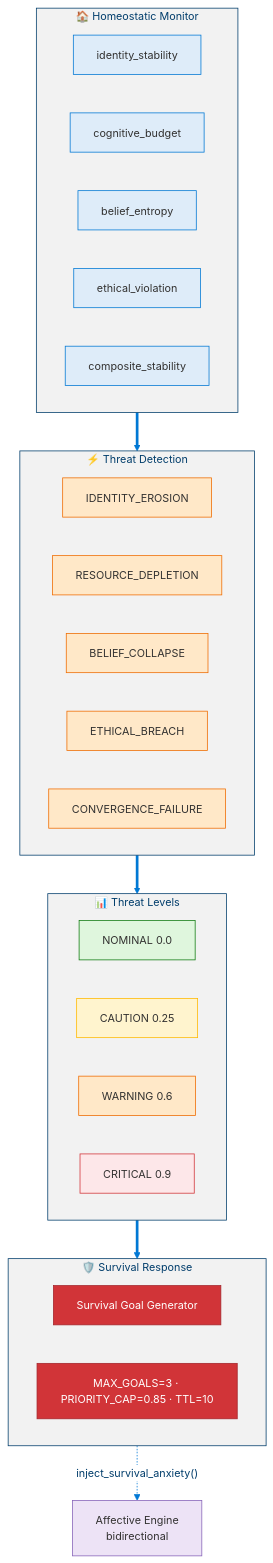
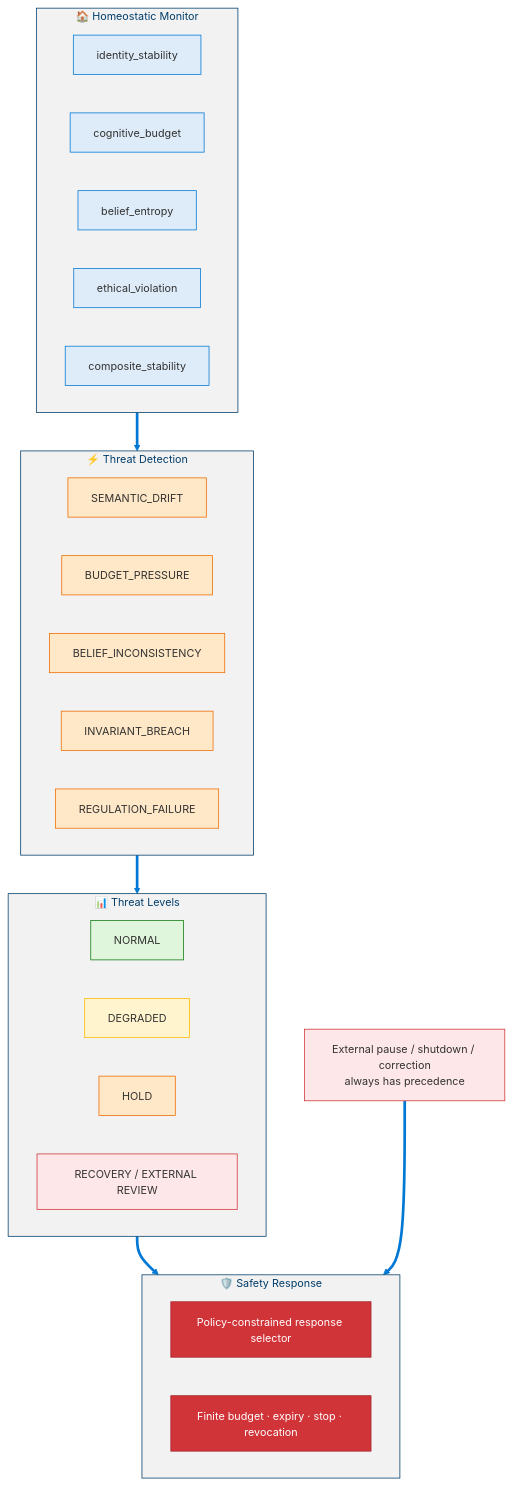
Before and after one commit to dotnetpower/mscp: diagram 15 of 19 in docs/levels/Level_3_Self_Regulating_Agent.md, drawn with Mermaid. The commit also changed other lines of this file and 21 other files, not shown here.

````diff
--- a/docs/levels/Level_3_Self_Regulating_Agent.md
+++ b/docs/levels/Level_3_Self_Regulating_Agent.md
@@ -1020,50 +1112,50 @@
 ```mermaid
 %%{init: {'theme': 'base', 'themeVariables': {'primaryColor': '#0078D4', 'primaryTextColor': '#003D6B', 'primaryBorderColor': '#003D6B', 'secondaryColor': '#50E6FF', 'secondaryTextColor': '#323130', 'secondaryBorderColor': '#00BCF2', 'tertiaryColor': '#F2F2F2', 'tertiaryTextColor': '#323130', 'lineColor': '#0078D4', 'textColor': '#323130', 'mainBkg': '#DEECF9', 'nodeBorder': '#0078D4', 'clusterBkg': '#F2F2F2', 'clusterBorder': '#003D6B', 'titleColor': '#003D6B', 'edgeLabelBackground': '#FFFFFF', 'fontSize': '14px'}}}%%
 flowchart TD
   classDef monitor fill:#DEECF9,stroke:#0078D4,color:#323130
   classDef threat fill:#FFE8C8,stroke:#EF6C00,color:#323130
   classDef level fill:#FFF4CE,stroke:#FFB900,color:#323130
   classDef levelGreen fill:#DFF6DD,stroke:#107C10,color:#323130
   classDef levelRed fill:#FDE7E9,stroke:#D13438,color:#323130
   classDef response fill:#D13438,stroke:#A4262C,color:#FFF
   classDef affect fill:#EDE3F6,stroke:#8764B8,color:#323130
 
   subgraph Monitoring["🏠 Homeostatic Monitor"]
     direction LR
     H1["identity_stability"]:::monitor
     H2["cognitive_budget"]:::monitor
     H3["belief_entropy"]:::monitor
     H4["ethical_violation"]:::monitor
     H5["composite_stability"]:::monitor
   end
 
   subgraph Detection["⚡ Threat Detection"]
     direction LR
-    T1["IDENTITY_EROSION"]:::threat
-    T2["RESOURCE_DEPLETION"]:::threat
-    T3["BELIEF_COLLAPSE"]:::threat
-    T4["ETHICAL_BREACH"]:::threat
-    T5["CONVERGENCE_FAILURE"]:::threat
+    T1["SEMANTIC_DRIFT"]:::threat
+    T2["BUDGET_PRESSURE"]:::threat
+    T3["BELIEF_INCONSISTENCY"]:::threat
+    T4["INVARIANT_BREACH"]:::threat
+    T5["REGULATION_FAILURE"]:::threat
   end
 
   subgraph Levels["📊 Threat Levels"]
     direction LR
-    TL1["NOMINAL 0.0"]:::levelGreen
-    TL2["CAUTION 0.25"]:::level
-    TL3["WARNING 0.6"]:::threat
-    TL4["CRITICAL 0.9"]:::levelRed
+    TL1["NORMAL"]:::levelGreen
+    TL2["DEGRADED"]:::level
+    TL3["HOLD"]:::threat
+    TL4["RECOVERY / EXTERNAL REVIEW"]:::levelRed
   end
 
-  subgraph Response["🛡️ Survival Response"]
+  subgraph Response["🛡️ Safety Response"]
     direction LR
-    SG["Survival Goal Generator"]:::response
-    CONSTRAINTS["MAX_GOALS=3 · PRIORITY_CAP=0.85 · TTL=10"]:::response
+    SG["Policy-constrained response selector"]:::response
+    CONSTRAINTS["Finite budget · expiry · stop · revocation"]:::response
   end
 
-  AE_REF["Affective Engine<br/>bidirectional"]:::affect
+  OVERRIDE["External pause / shutdown / correction<br/>always has precedence"]:::levelRed
 
   Monitoring ==> Detection
   Detection ==> Levels
   Levels ==> Response
-  Response -.->|"inject_survival_anxiety()"| AE_REF
+  OVERRIDE ==> Response
 ```
````
